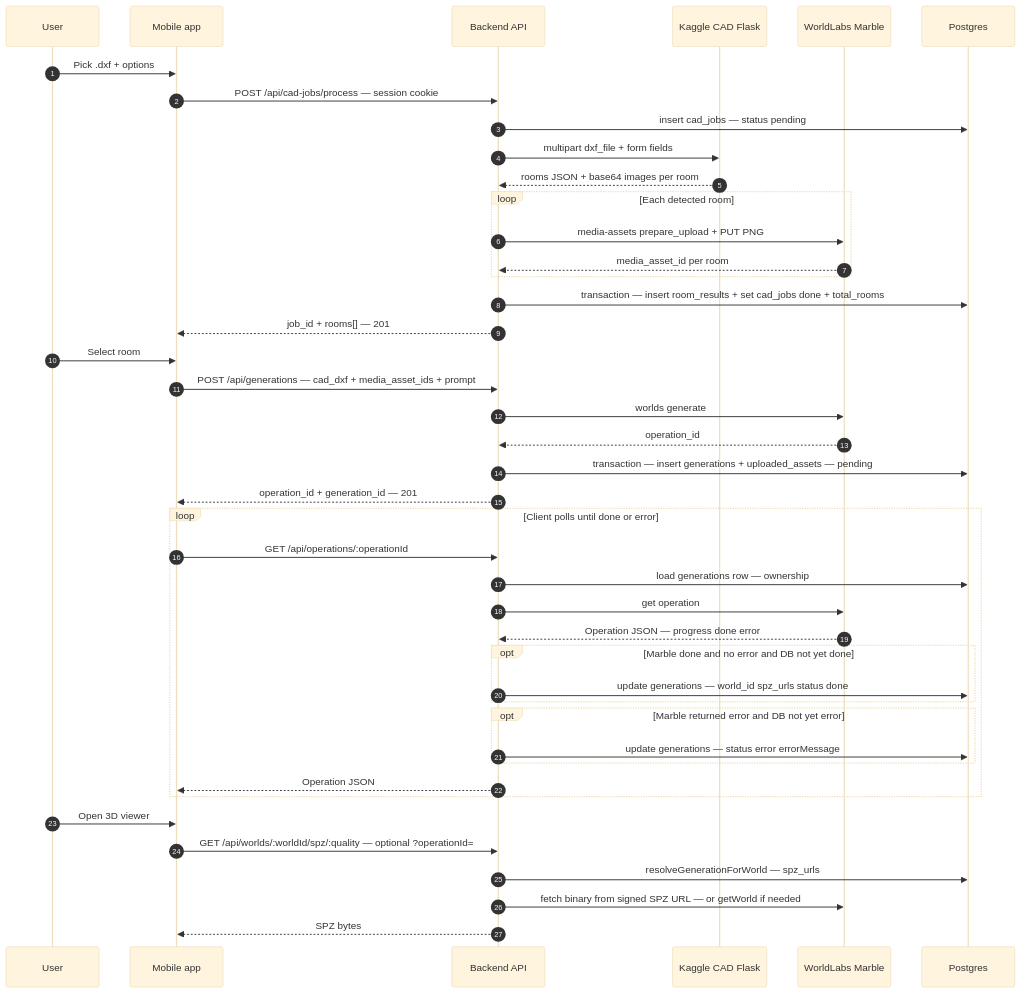
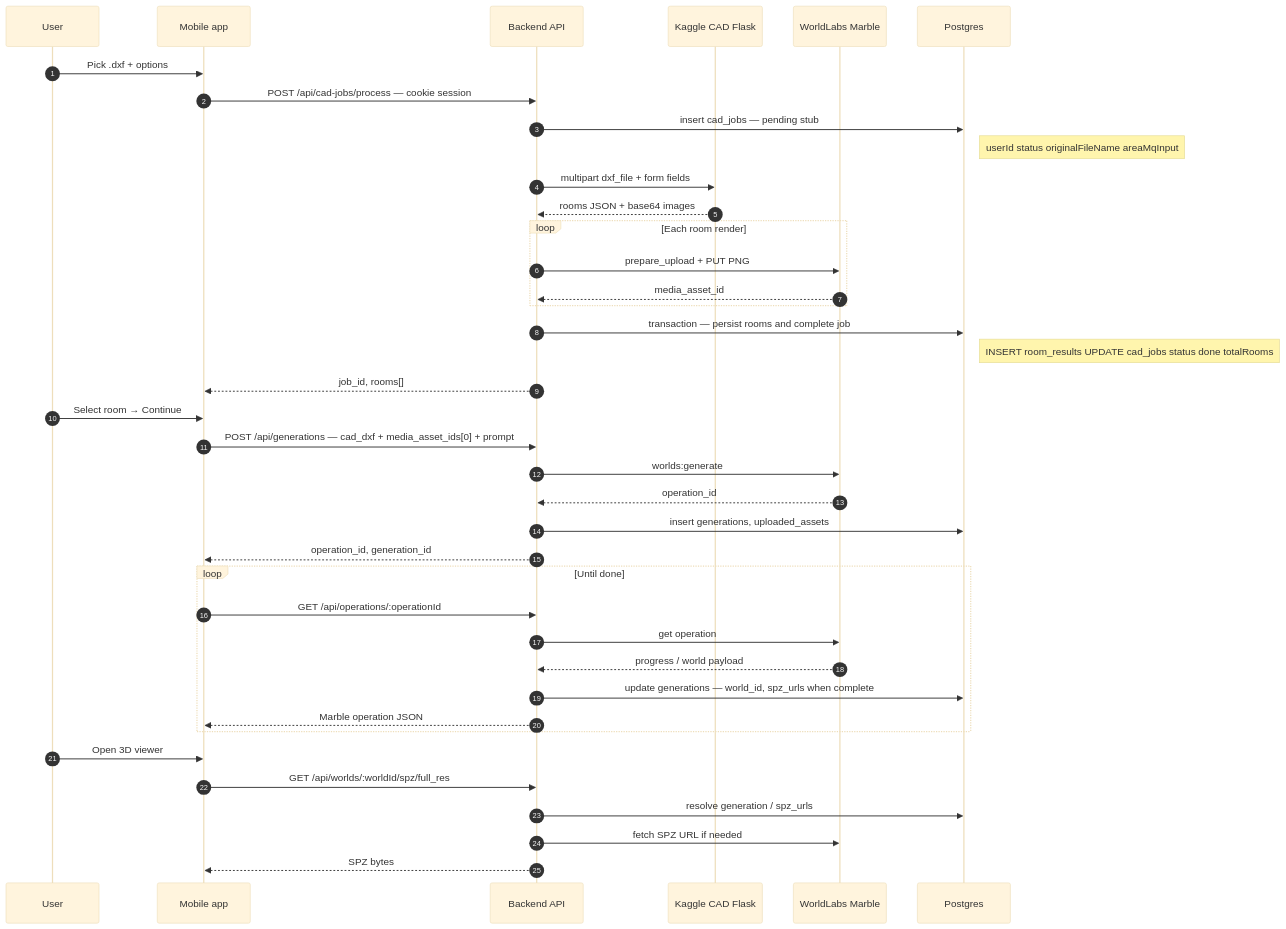
One commit to OmarMegahed1/DecoSmart changed the ninth of 16 diagrams in README.md. Above: the diagram before and after it, drawn with Mermaid (base theme). The commit also changed other lines of this file, not shown here.

Commit message:
docs: align README diagrams with cad_jobs and room_results timing

````diff
--- a/README.md
+++ b/README.md
@@ -622,49 +621,45 @@
 ```mermaid
 sequenceDiagram
   autonumber
   participant U as User
   participant App as Mobile app
   participant API as Backend API
   participant KG as Kaggle CAD Flask
   participant WL as WorldLabs Marble
   participant DB as Postgres
 
   U->>App: Pick .dxf + options
-  App->>API: POST /api/cad-jobs/process — session cookie
-  API->>DB: insert cad_jobs — status pending
+  App->>API: POST /api/cad-jobs/process — cookie session
+  API->>DB: insert cad_jobs — pending stub
+  Note right of DB: userId status originalFileName areaMqInput
   API->>KG: multipart dxf_file + form fields
-  KG-->>API: rooms JSON + base64 images per room
-  loop Each detected room
-    API->>WL: media-assets prepare_upload + PUT PNG
-    WL-->>API: media_asset_id per room
+  KG-->>API: rooms JSON + base64 images
+  loop Each room render
+    API->>WL: prepare_upload + PUT PNG
+    WL-->>API: media_asset_id
   end
-  API->>DB: transaction — insert room_results + set cad_jobs done + total_rooms
-  API-->>App: job_id + rooms[] — 201
+  API->>DB: transaction — persist rooms and complete job
+  Note right of DB: INSERT room_results UPDATE cad_jobs status done totalRooms
+  API-->>App: job_id, rooms[]
 
-  U->>App: Select room
-  App->>API: POST /api/generations — cad_dxf + media_asset_ids + prompt
-  API->>WL: worlds generate
+  U->>App: Select room → Continue
+  App->>API: POST /api/generations — cad_dxf + media_asset_ids[0] + prompt
+  API->>WL: worlds:generate
   WL-->>API: operation_id
-  API->>DB: transaction — insert generations + uploaded_assets — pending
-  API-->>App: operation_id + generation_id — 201
+  API->>DB: insert generations, uploaded_assets
+  API-->>App: operation_id, generation_id
 
-  loop Client polls until done or error
+  loop Until done
     App->>API: GET /api/operations/:operationId
-    API->>DB: load generations row — ownership
     API->>WL: get operation
-    WL-->>API: Operation JSON — progress done error
-    opt Marble done and no error and DB not yet done
-      API->>DB: update generations — world_id spz_urls status done
-    end
-    opt Marble returned error and DB not yet error
-      API->>DB: update generations — status error errorMessage
-    end
-    API-->>App: Operation JSON
+    WL-->>API: progress / world payload
+    API->>DB: update generations — world_id, spz_urls when complete
+    API-->>App: Marble operation JSON
   end
 
   U->>App: Open 3D viewer
-  App->>API: GET /api/worlds/:worldId/spz/:quality — optional ?operationId=
-  API->>DB: resolveGenerationForWorld — spz_urls
-  API->>WL: fetch binary from signed SPZ URL — or getWorld if needed
+  App->>API: GET /api/worlds/:worldId/spz/full_res
+  API->>DB: resolve generation / spz_urls
+  API->>WL: fetch SPZ URL if needed
   API-->>App: SPZ bytes
 ```
````
